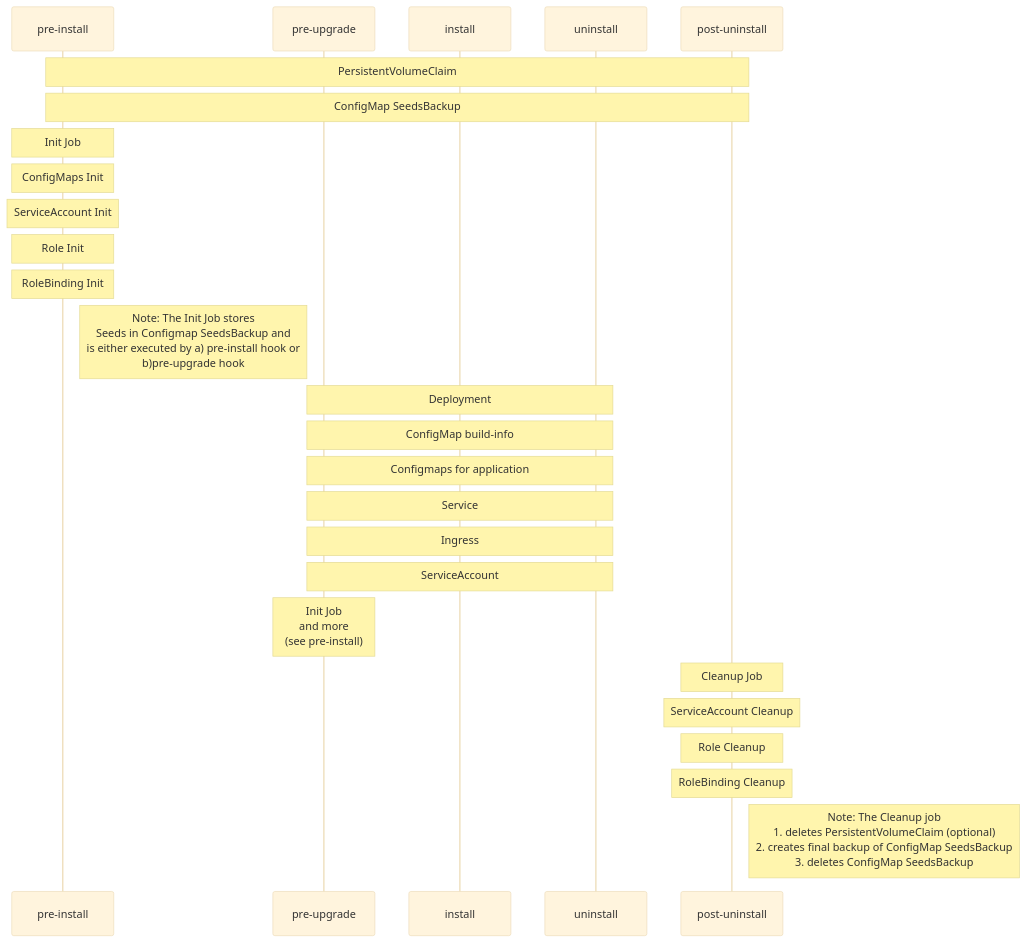
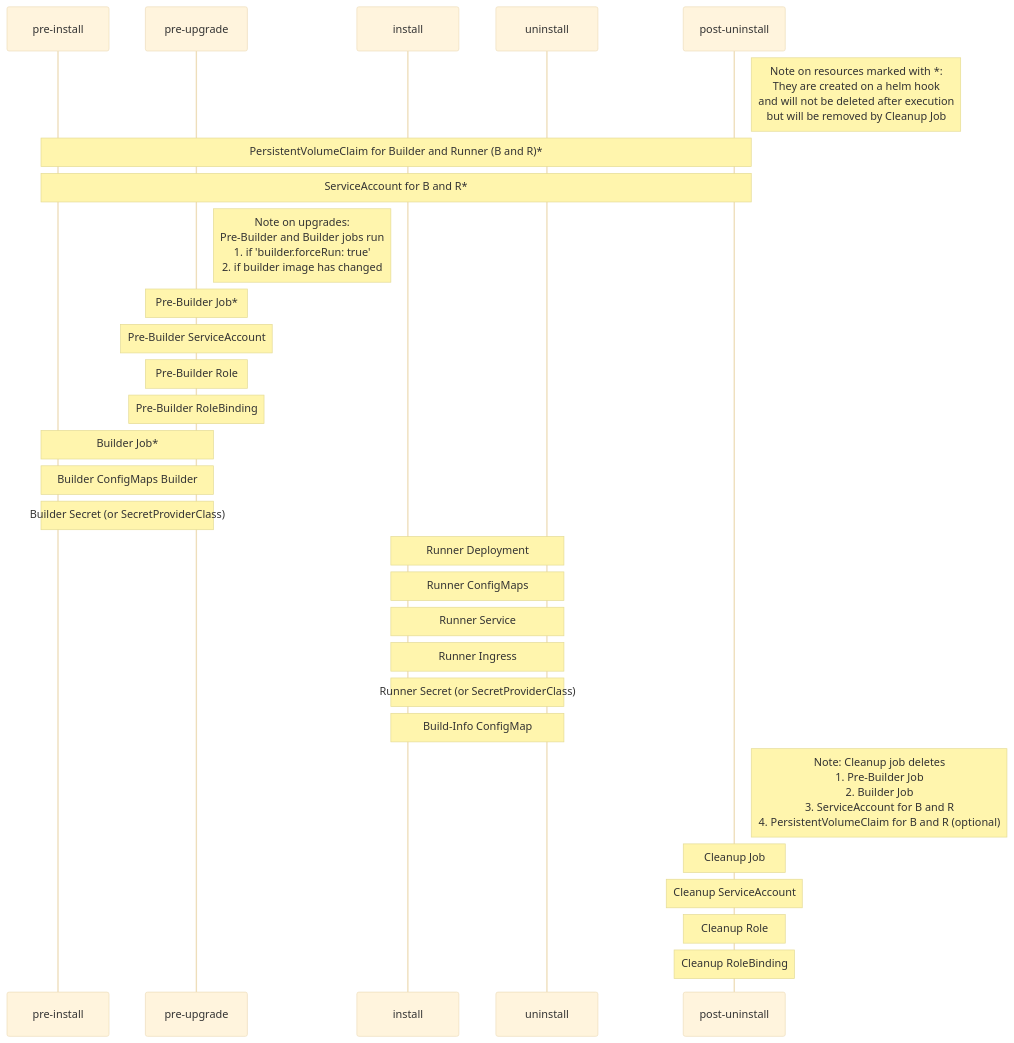
The diagram in charts/epi/README.md (PharmaLedger-IMI/helm-charts), drawn with Mermaid (base theme) before and after one commit. The commit also changed other lines of this file and 1 other file, not shown here.

````diff
--- a/charts/epi/README.md
+++ b/charts/epi/README.md
@@ -43,28 +56,30 @@
 ```mermaid
 sequenceDiagram
   participant PIN as pre-install
   participant PUP as pre-upgrade
   participant I as install
   participant U as uninstall
   participant PUN as post-uninstall
-  Note over PIN,PUN: PersistentVolumeClaim
-  Note over PIN,PUN: ConfigMap SeedsBackup
-  Note over PIN:Init Job
-  Note over PIN:ConfigMaps Init
-  Note over PIN:ServiceAccount Init
-  Note over PIN:Role Init
-  Note over PIN:RoleBinding Init
-  note right of PIN: Note: The Init Job stores <br/>Seeds in Configmap SeedsBackup and <br/> is either executed by a) pre-install hook or<br/>b)pre-upgrade hook
-  Note over PUP,U:Deployment
-  Note over PUP,U:ConfigMap build-info
-  Note over PUP,U:Configmaps for application
-  Note over PUP,U:Service
-  Note over PUP,U:Ingress
-  Note over PUP,U:ServiceAccount
-  Note over PUP:Init Job<br/>and more<br/>(see pre-install)
+  note right of PUN: Note on resources marked with *:<br/>They are created on a helm hook<br/>and will not be deleted after execution<br/>but will be removed by Cleanup Job
+  Note over PIN,PUN: PersistentVolumeClaim for Builder and Runner (B and R)*
+  Note over PIN,PUN: ServiceAccount for B and R*
+  note right of PUP: Note on upgrades:<br/>Pre-Builder and Builder jobs run<br/>1. if 'builder.forceRun: true'<br/>2. if builder image has changed
+  Note over PUP:Pre-Builder Job*
+  Note over PUP:Pre-Builder ServiceAccount
+  Note over PUP:Pre-Builder Role
+  Note over PUP:Pre-Builder RoleBinding
+  Note over PIN,PUP:Builder Job*
+  Note over PIN,PUP:Builder ConfigMaps Builder
+  Note over PIN,PUP:Builder Secret (or SecretProviderClass)
+  Note over I,U:Runner Deployment
+  Note over I,U:Runner ConfigMaps
+  Note over I,U:Runner Service
+  Note over I,U:Runner Ingress
+  Note over I,U:Runner Secret (or SecretProviderClass)
+  Note over I,U:Build-Info ConfigMap
+  note right of PUN: Note: Cleanup job deletes <br/>1. Pre-Builder Job<br/>2. Builder Job<br/>3. ServiceAccount for B and R<br/>4. PersistentVolumeClaim for B and R (optional)
   Note over PUN:Cleanup Job
-  Note over PUN:ServiceAccount Cleanup
-  Note over PUN:Role Cleanup
-  Note over PUN:RoleBinding Cleanup
-  note right of PUN: Note: The Cleanup job<br/>1. deletes PersistentVolumeClaim (optional)<br/>2. creates final backup of ConfigMap SeedsBackup<br/>3. deletes ConfigMap SeedsBackup
+  Note over PUN:Cleanup ServiceAccount
+  Note over PUN:Cleanup Role
+  Note over PUN:Cleanup RoleBinding
 ```
````
